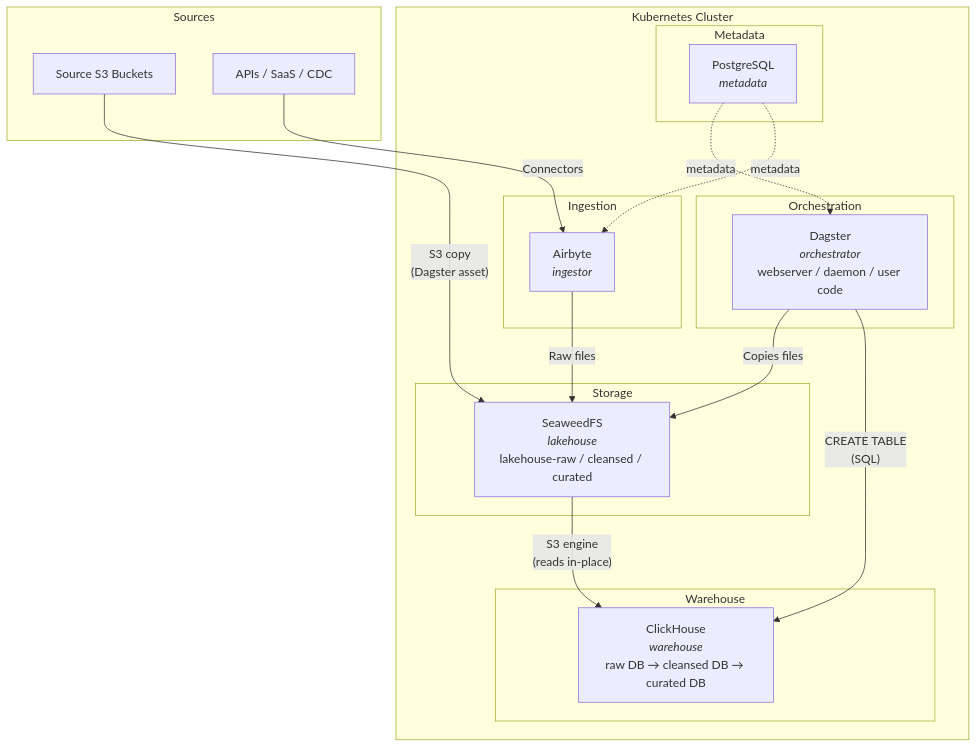
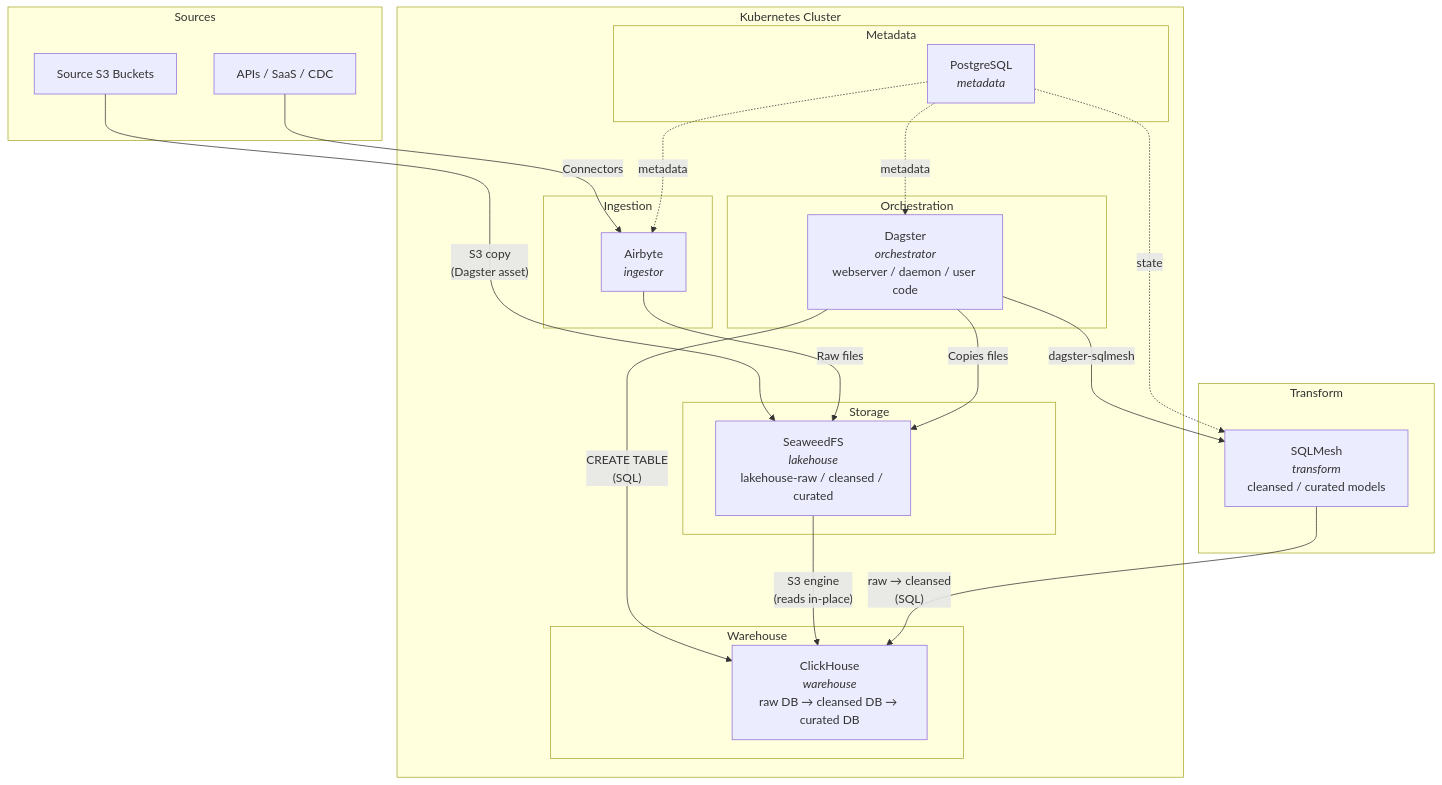
One commit to dfunto/os-data-platform changed the diagram in README.md. Above: the diagram before and after it, drawn with Mermaid. The commit also changed other lines of this file and 2 other files, not shown here.

````diff
--- a/README.md
+++ b/README.md
@@ -9,38 +9,45 @@
 ```mermaid
 graph TB
     subgraph Sources
         S3["Source S3 Buckets"]
         API["APIs / SaaS / CDC"]
     end
 
     subgraph K8s["Kubernetes Cluster"]
         subgraph Orchestration
             Dagster["Dagster<br/><i>orchestrator</i><br/>webserver / daemon / user code"]
         end
 
         subgraph Storage
             SeaweedFS["SeaweedFS<br/><i>lakehouse</i><br/>lakehouse-raw / cleansed / curated"]
         end
 
         subgraph Warehouse
             ClickHouse["ClickHouse<br/><i>warehouse</i><br/>raw DB → cleansed DB → curated DB"]
         end
 
         subgraph Ingestion
             Airbyte["Airbyte<br/><i>ingestor</i>"]
         end
 
         subgraph Metadata
             Postgres["PostgreSQL<br/><i>metadata</i>"]
         end
     end
 
+    subgraph Transform
+        SQLMesh["SQLMesh<br/><i>transform</i><br/>cleansed / curated models"]
+    end
+
     S3 -- "S3 copy<br/>(Dagster asset)" --> SeaweedFS
     API -- "Connectors" --> Airbyte
     Airbyte -- "Raw files" --> SeaweedFS
     Dagster -- "Copies files" --> SeaweedFS
     Dagster -- "CREATE TABLE<br/>(SQL)" --> ClickHouse
     SeaweedFS -- "S3 engine<br/>(reads in-place)" --> ClickHouse
+    Dagster -- "dagster-sqlmesh" --> SQLMesh
+    SQLMesh -- "raw → cleansed<br/>(SQL)" --> ClickHouse
     Postgres -. "metadata" .-> Dagster
     Postgres -. "metadata" .-> Airbyte
+    Postgres -. "state" .-> SQLMesh
 ```
````
